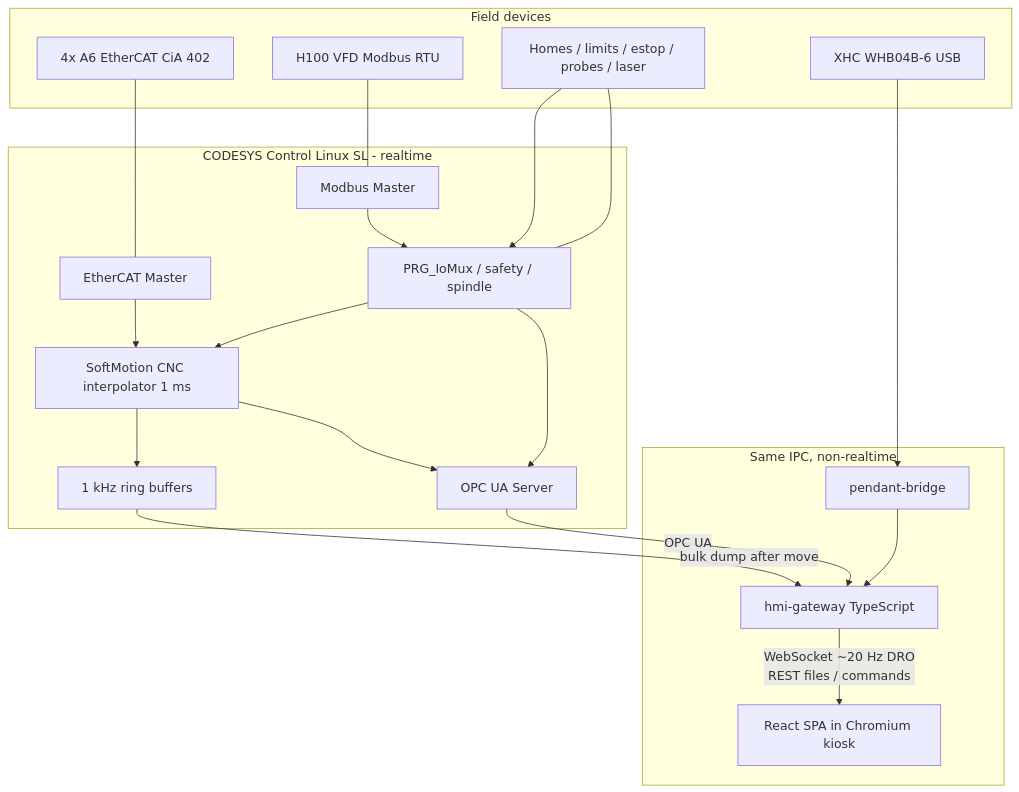
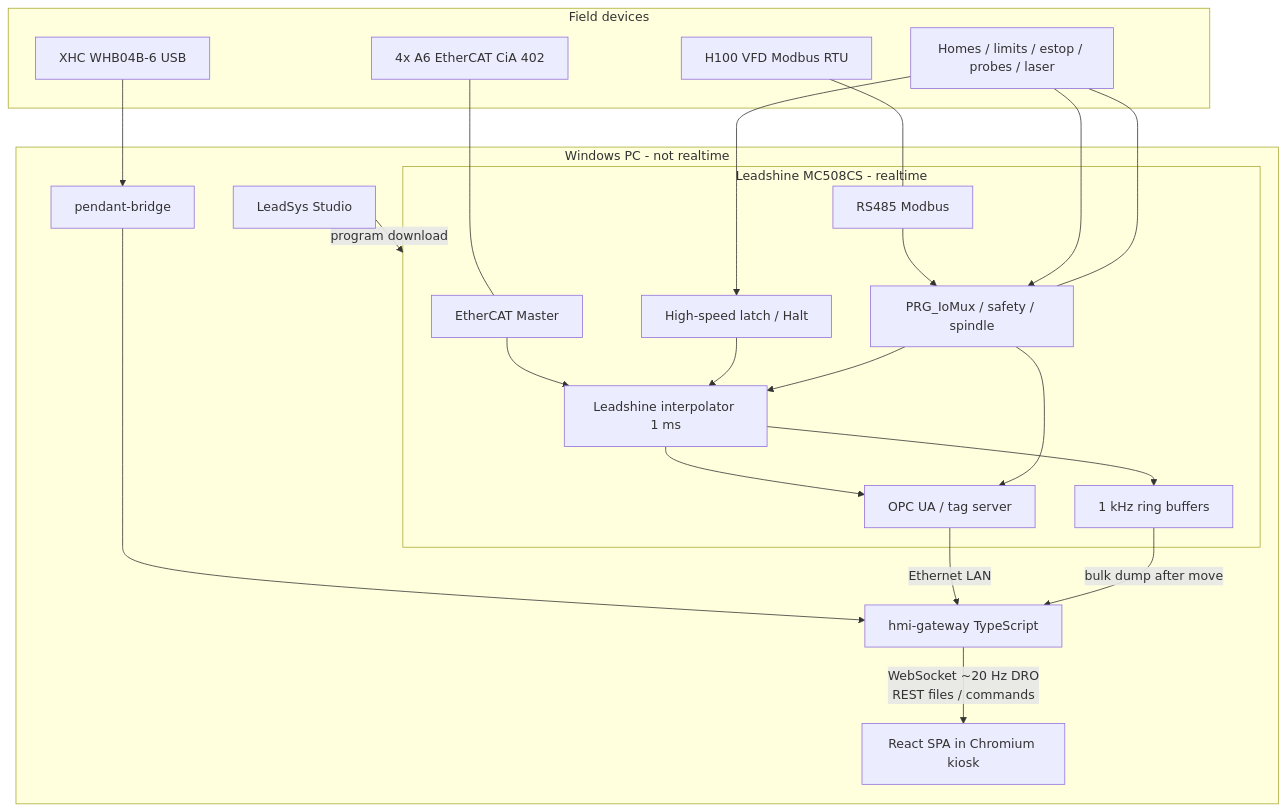
The first of 2 diagrams in docs/CODESYS_ARCHITECTURE.md (jayem1427/lemontart_lcnc_config), drawn with Mermaid before and after one commit. The commit also changed other lines of this file and 4 other files, not shown here.

First line of the commit message:
Freeze Jan 2025 Leadshine interpolator facts; drop Store CNC as the mill path.

````diff
--- a/docs/CODESYS_ARCHITECTURE.md
+++ b/docs/CODESYS_ARCHITECTURE.md
@@ -120,40 +122,45 @@
 ```mermaid
 flowchart TB
   subgraph field [Field devices]
     A6[4x A6 EtherCAT CiA 402]
     VFD[H100 VFD Modbus RTU]
     DI[Homes / limits / estop / probes / laser]
     WHB[XHC WHB04B-6 USB]
   end
 
-  subgraph plc [CODESYS Control Linux SL - realtime]
+  subgraph plc [Leadshine MC508CS - realtime]
     EtherCAT[EtherCAT Master]
-    Modbus[Modbus Master]
-    CNC[SoftMotion CNC interpolator 1 ms]
+    Modbus[RS485 Modbus]
+    CNC[Leadshine interpolator 1 ms]
     IO[PRG_IoMux / safety / spindle]
+    Latch[High-speed latch / Halt]
     Trace[1 kHz ring buffers]
-    OPC[OPC UA Server]
+    OPC[OPC UA / tag server]
     EtherCAT --> CNC
     Modbus --> IO
     DI --> IO
+    DI --> Latch
+    Latch --> CNC
     IO --> CNC
     CNC --> Trace
     CNC --> OPC
     IO --> OPC
   end
 
-  subgraph host [Same IPC, non-realtime]
+  subgraph host [Windows PC - not realtime]
+    IDE[LeadSys Studio]
     Pend[pendant-bridge]
     GW[hmi-gateway TypeScript]
     UI[React SPA in Chromium kiosk]
     WHB --> Pend
     Pend --> GW
-    OPC -->|OPC UA| GW
+    OPC -->|Ethernet LAN| GW
     GW -->|WebSocket ~20 Hz DRO<br/>REST files / commands| UI
     Trace -->|bulk dump after move| GW
+    IDE -->|program download| plc
   end
 
   A6 --- EtherCAT
   VFD --- Modbus
   DI --- IO
 ```
````
